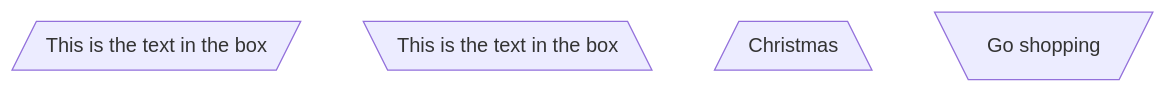
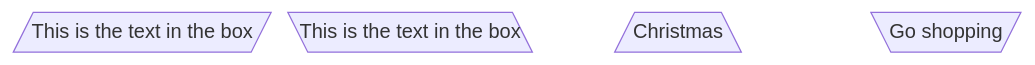
Before and after one commit to mermaid-js/mermaid: diagram 15 of 28 in docs/syntax/block.md, drawn with Mermaid. The commit also changed other lines of this file and 4 other files, not shown here.

````diff
--- a/docs/syntax/block.md
+++ b/docs/syntax/block.md
@@ -336,7 +336,7 @@
 ```mermaid
-flowchart TD
+block-beta
   id1[/"This is the text in the box"/]
   id2[\"This is the text in the box"\]
   A[/"Christmas"\]
   B[\"Go shopping"/]
 ```
````
